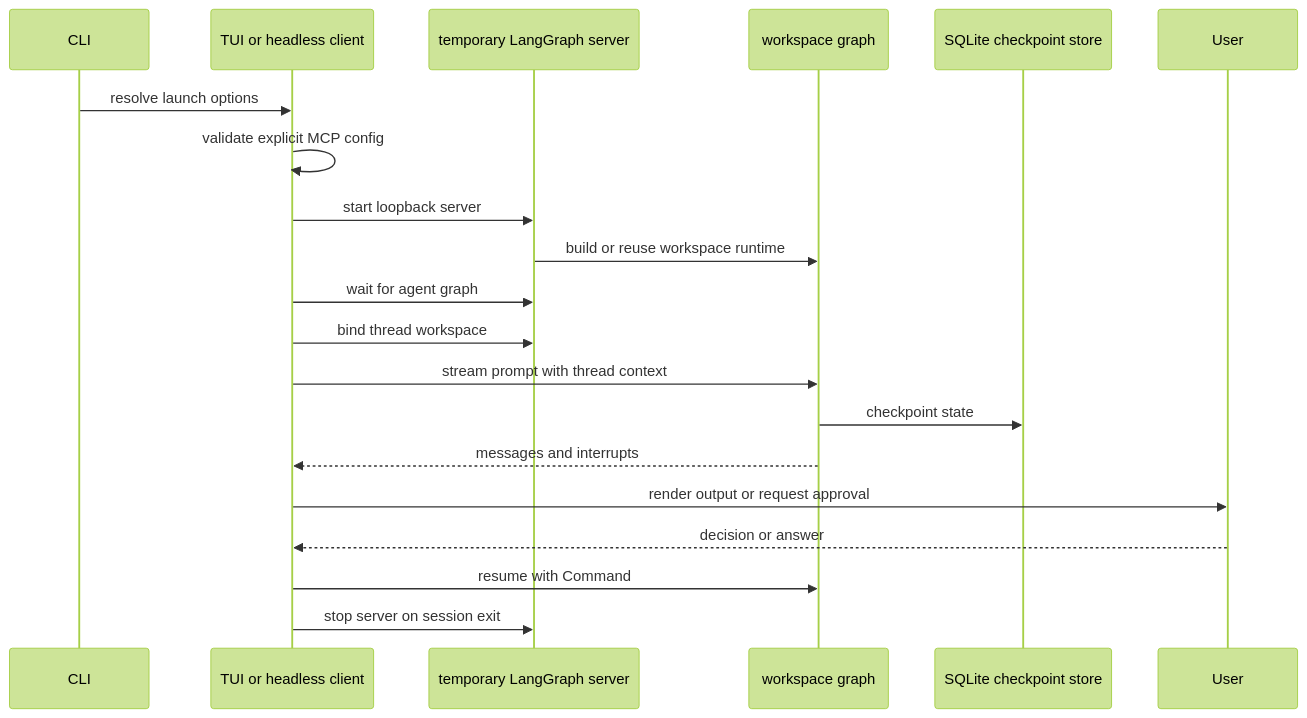
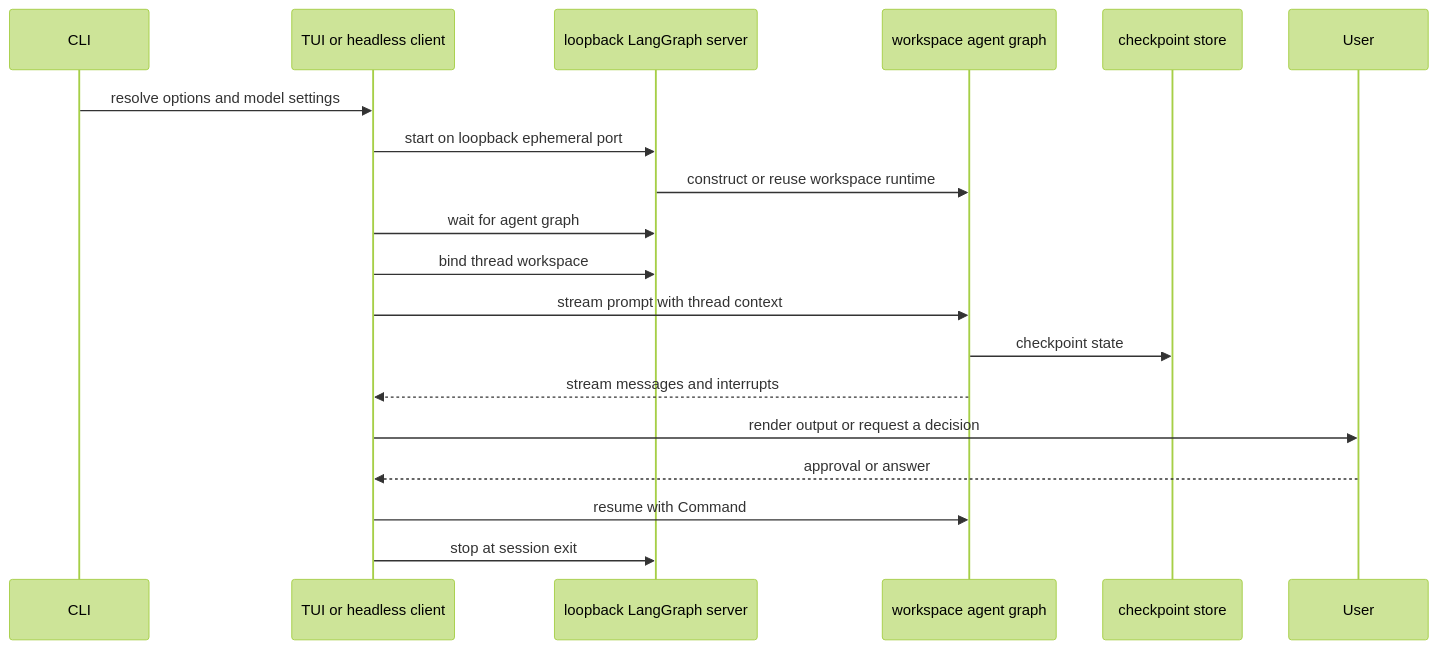
The diagram in openwiki/workflows/run-dcode-session.md (langchain-ai/deepagents), drawn with Mermaid (forest theme) before and after one commit. The commit also changed other lines of this file and 41 other files, not shown here.

````diff
--- a/openwiki/workflows/run-dcode-session.md
+++ b/openwiki/workflows/run-dcode-session.md
@@ -74,22 +76,21 @@
 ```mermaid
 sequenceDiagram
     participant CLI
     participant Client as TUI or headless client
-    participant Server as temporary LangGraph server
-    participant Graph as workspace graph
-    participant Store as SQLite checkpoint store
+    participant Server as loopback LangGraph server
+    participant Graph as workspace agent graph
+    participant Store as checkpoint store
     participant User
-    CLI->>Client: resolve launch options
-    Client->>Client: validate explicit MCP config
-    Client->>Server: start loopback server
-    Server->>Graph: build or reuse workspace runtime
+    CLI->>Client: resolve options and model settings
+    Client->>Server: start on loopback ephemeral port
+    Server->>Graph: construct or reuse workspace runtime
     Client->>Server: wait for agent graph
     Client->>Server: bind thread workspace
     Client->>Graph: stream prompt with thread context
     Graph->>Store: checkpoint state
-    Graph-->>Client: messages and interrupts
-    Client->>User: render output or request approval
-    User-->>Client: decision or answer
+    Graph-->>Client: stream messages and interrupts
+    Client->>User: render output or request a decision
+    User-->>Client: approval or answer
     Client->>Graph: resume with Command
-    Client->>Server: stop server on session exit
+    Client->>Server: stop at session exit
 ```
````
